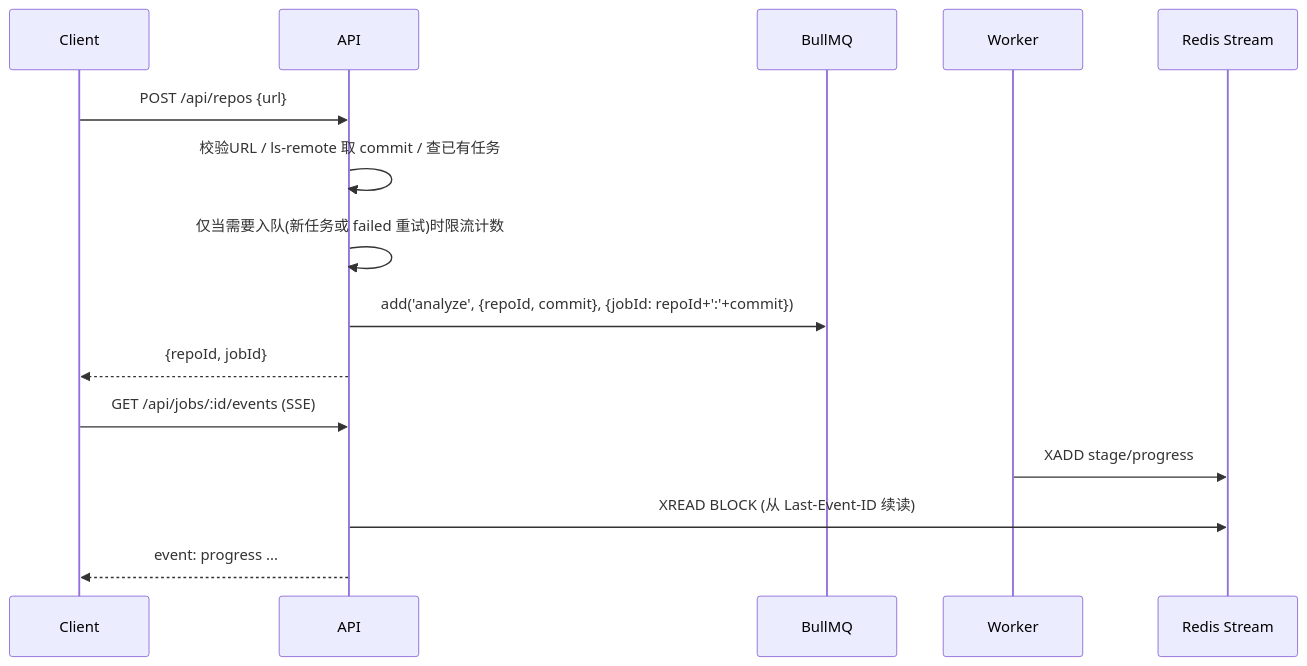
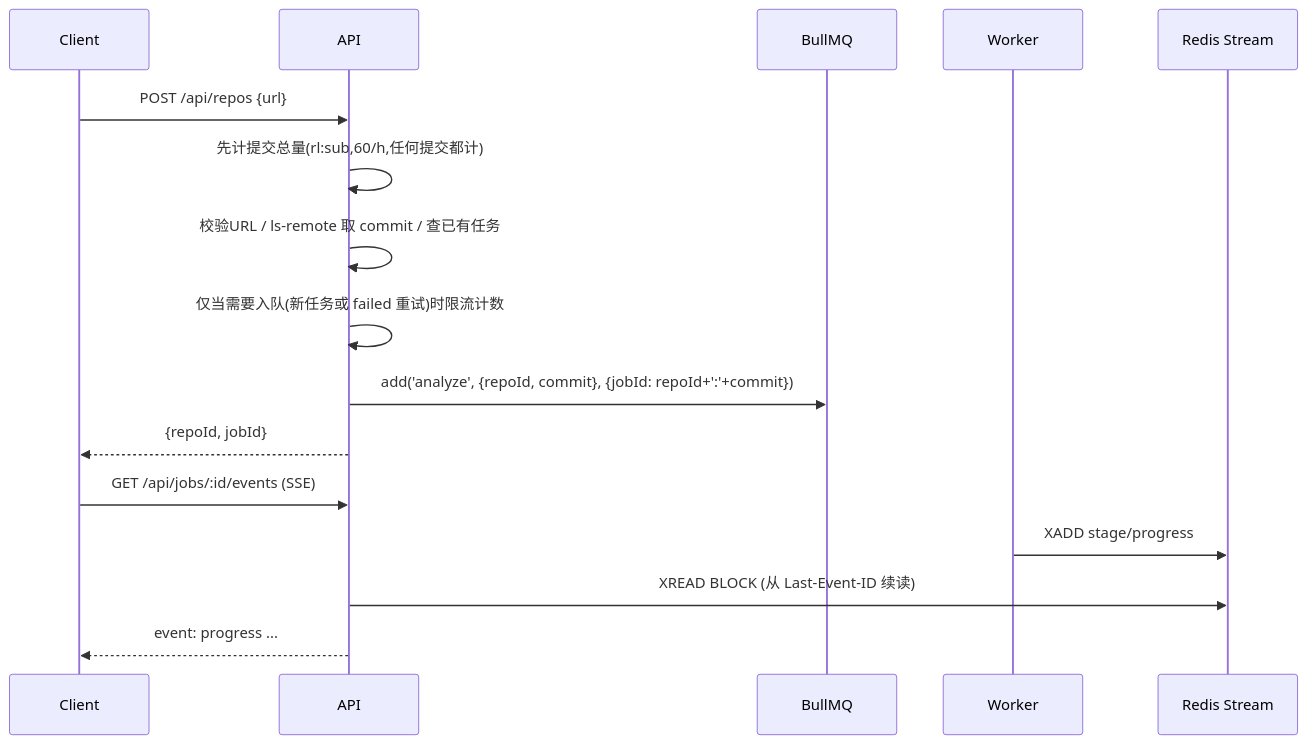
One commit to Akarin7784/repo-lens changed the second of 3 diagrams in docs/BACKEND_AI_DESIGN.md. Above: the diagram before and after it, drawn with Mermaid. The commit also changed other lines of this file and 4 other files, not shown here.

````diff
--- a/docs/BACKEND_AI_DESIGN.md
+++ b/docs/BACKEND_AI_DESIGN.md
@@ -255,17 +256,18 @@
 ```mermaid
 sequenceDiagram
   participant C as Client
   participant A as API
   participant Q as BullMQ
   participant W as Worker
   participant R as Redis Stream
   C->>A: POST /api/repos {url}
+  A->>A: 先计提交总量(rl:sub,60/h,任何提交都计)
   A->>A: 校验URL / ls-remote 取 commit / 查已有任务
   A->>A: 仅当需要入队(新任务或 failed 重试)时限流计数
   A->>Q: add('analyze', {repoId, commit}, {jobId: repoId+':'+commit})
   A-->>C: {repoId, jobId}
   C->>A: GET /api/jobs/:id/events (SSE)
   W->>R: XADD stage/progress
   A->>R: XREAD BLOCK (从 Last-Event-ID 续读)
   A-->>C: event: progress ...
 ```
````
